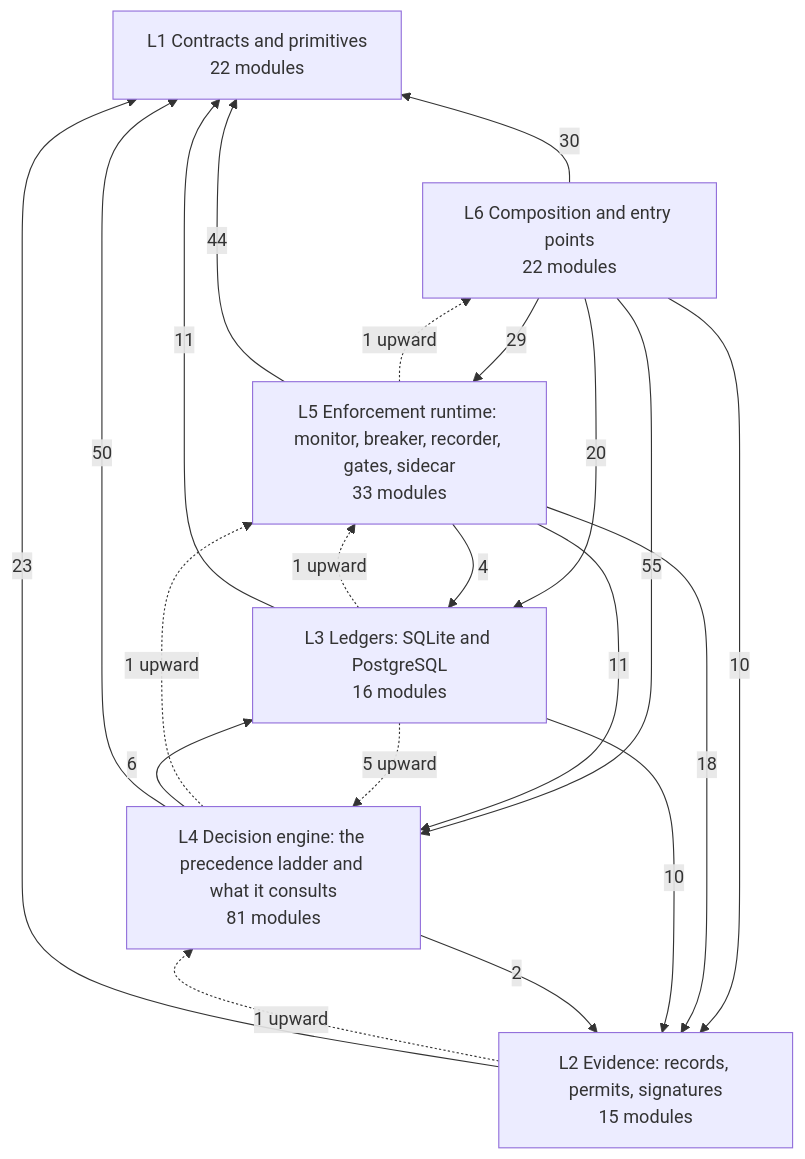
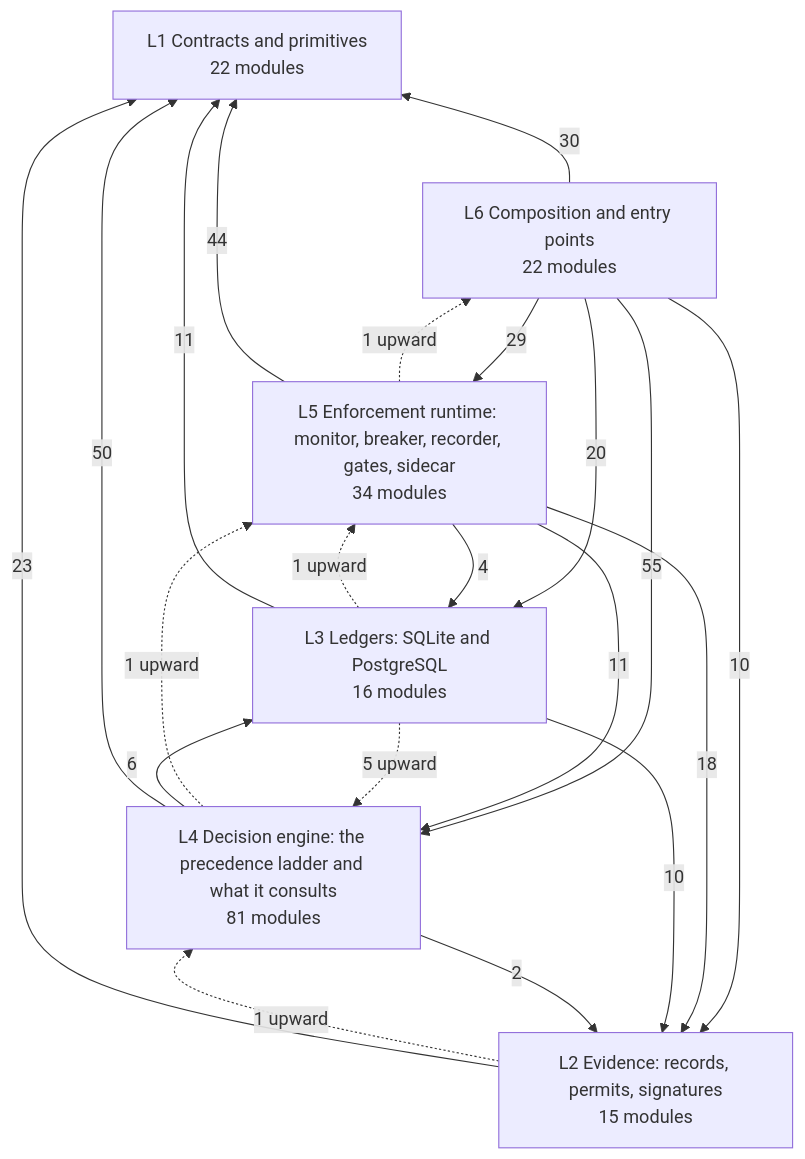
Before and after one commit to LOLA0786/privatevault-agent-dna: the diagram in docs/architecture/DEPENDENCIES.md, drawn with Mermaid. The commit also changed other lines of this file and 21 other files, not shown here.

````diff
--- a/docs/architecture/DEPENDENCIES.md
+++ b/docs/architecture/DEPENDENCIES.md
@@ -12,29 +12,29 @@
 ```mermaid
 flowchart BT
   L1["L1 Contracts and primitives<br/>22 modules"]
   L2["L2 Evidence: records, permits, signatures<br/>15 modules"]
   L3["L3 Ledgers: SQLite and PostgreSQL<br/>16 modules"]
   L4["L4 Decision engine: the precedence ladder and what it consults<br/>81 modules"]
-  L5["L5 Enforcement runtime: monitor, breaker, recorder, gates, sidecar<br/>33 modules"]
+  L5["L5 Enforcement runtime: monitor, breaker, recorder, gates, sidecar<br/>34 modules"]
   L6["L6 Composition and entry points<br/>22 modules"]
   L2 -->|23| L1
   L3 -->|11| L1
   L3 -->|10| L2
   L4 -->|50| L1
   L4 -->|2| L2
   L4 -->|6| L3
   L5 -->|44| L1
   L5 -->|18| L2
   L5 -->|4| L3
   L5 -->|11| L4
   L6 -->|30| L1
   L6 -->|10| L2
   L6 -->|20| L3
   L6 -->|55| L4
   L6 -->|29| L5
   L2 -.->|1 upward| L4
   L3 -.->|5 upward| L4
   L3 -.->|1 upward| L5
   L4 -.->|1 upward| L5
   L5 -.->|1 upward| L6
 ```
````
